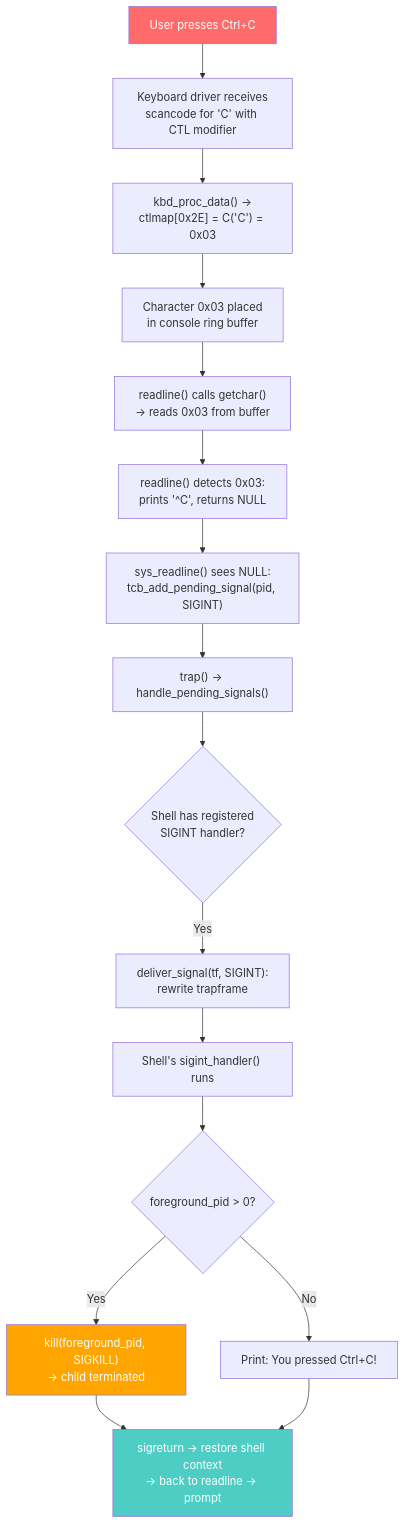
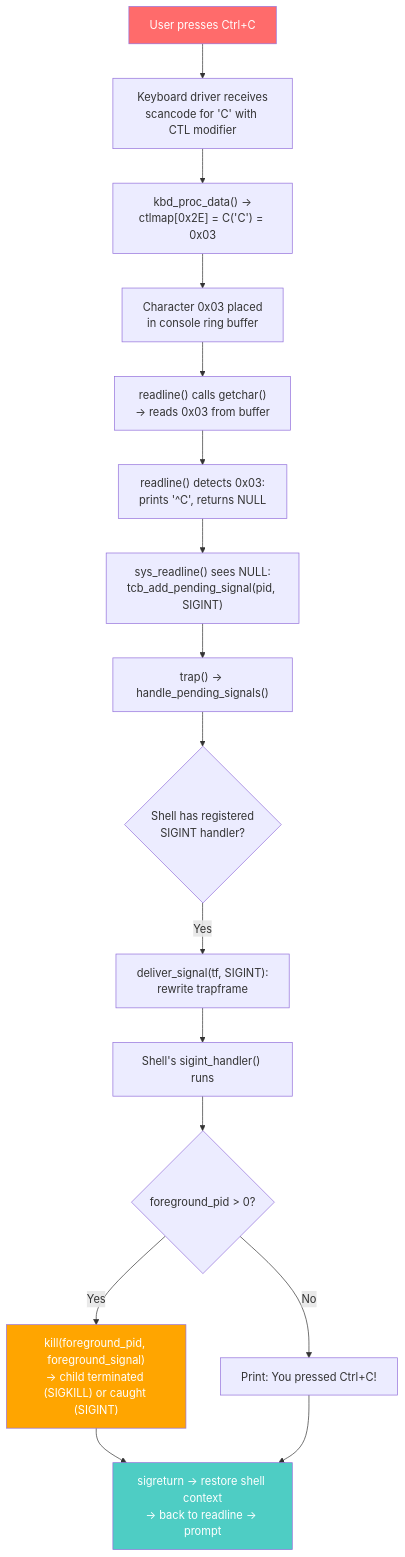
The diagram in docs/sigsegv-sigint/test_sigint.md (SillyCatto/OS_Project-Signal), drawn with Mermaid before and after one commit. The commit also changed other lines of this file and 8 other files, not shown here.

````diff
--- a/docs/sigsegv-sigint/test_sigint.md
+++ b/docs/sigsegv-sigint/test_sigint.md
@@ -334,22 +333,22 @@
 ```mermaid
 flowchart TD
     A["User presses Ctrl+C"] --> B["Keyboard driver receives<br/>scancode for 'C' with CTL modifier"]
     B --> C["kbd_proc_data() →<br/>ctlmap[0x2E] = C('C') = 0x03"]
     C --> D["Character 0x03 placed<br/>in console ring buffer"]
     D --> E["readline() calls getchar()<br/>→ reads 0x03 from buffer"]
     E --> F["readline() detects 0x03:<br/>prints '^C', returns NULL"]
     F --> G["sys_readline() sees NULL:<br/>tcb_add_pending_signal(pid, SIGINT)"]
     G --> H["trap() → handle_pending_signals()"]
     H --> I{"Shell has registered<br/>SIGINT handler?"}
     I -- Yes --> J["deliver_signal(tf, SIGINT):<br/>rewrite trapframe"]
     J --> K["Shell's sigint_handler() runs"]
     K --> L{"foreground_pid > 0?"}
-    L -- Yes --> M["kill(foreground_pid, SIGKILL)<br/>→ child terminated"]
+    L -- Yes --> M["kill(foreground_pid, foreground_signal)<br/>→ child terminated (SIGKILL) or caught (SIGINT)"]
     L -- No --> N["Print: You pressed Ctrl+C!"]
     M --> O["sigreturn → restore shell context<br/>→ back to readline → prompt"]
     N --> O
 
     style A fill:#ff6b6b,color:#fff
     style M fill:#ffa500,color:#fff
     style O fill:#4ecdc4,color:#fff
 ```
````
